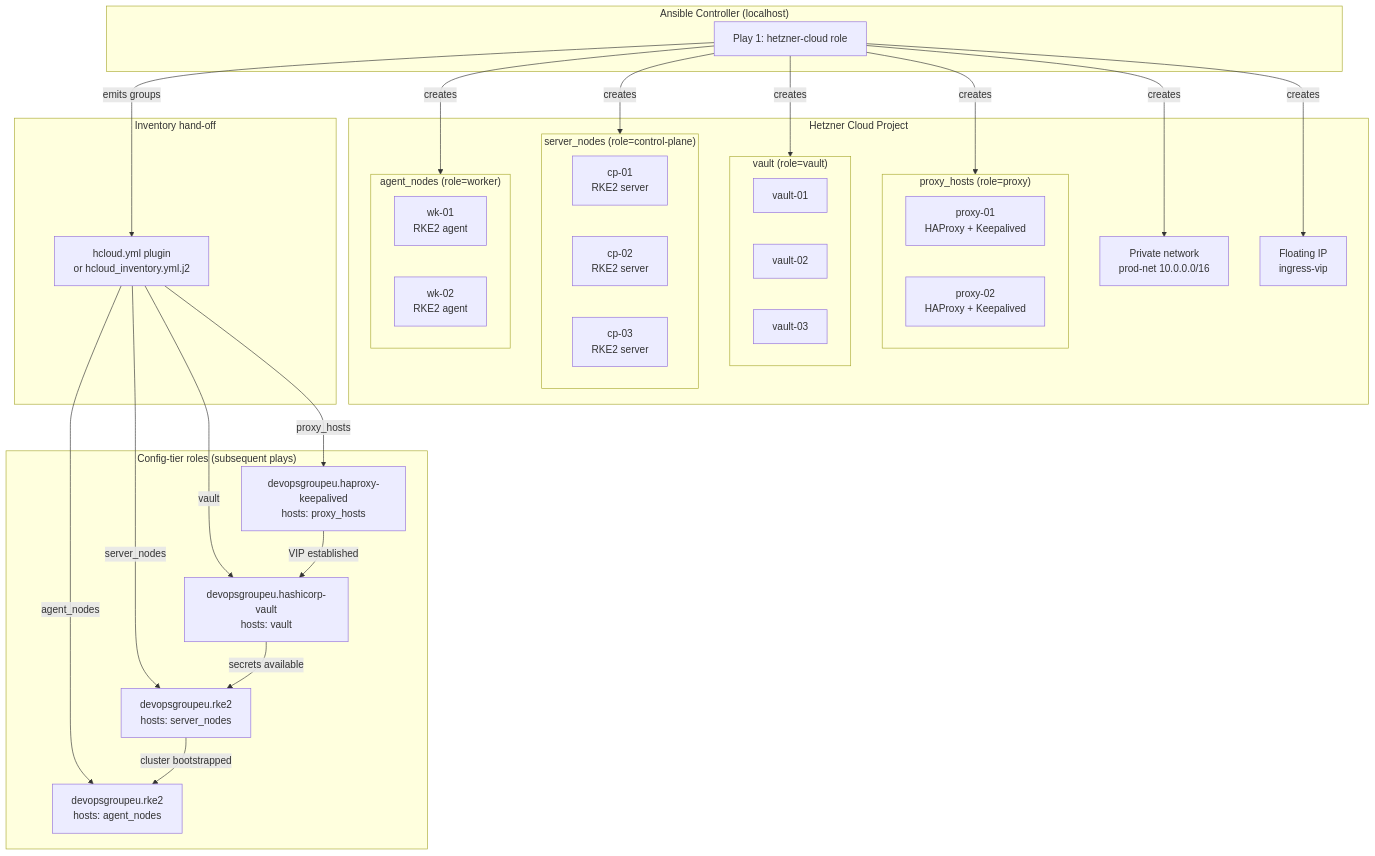
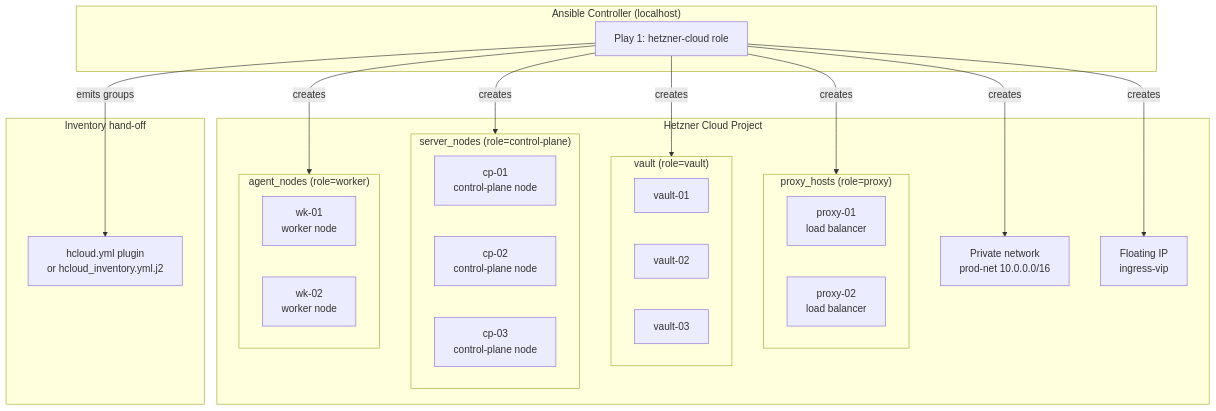
The diagram in docs/ARCHITECTURE.md (devopsgroupeu/ansible-role-hetzner-cloud), drawn with Mermaid before and after one commit. The commit also changed other lines of this file and 13 other files, not shown here.

````diff
--- a/docs/ARCHITECTURE.md
+++ b/docs/ARCHITECTURE.md
@@ -13,61 +13,45 @@
 ```mermaid
 flowchart TD
     subgraph Controller["Ansible Controller (localhost)"]
         play["Play 1: hetzner-cloud role"]
     end
 
     subgraph HCloud["Hetzner Cloud Project"]
         net["Private network<br/>prod-net 10.0.0.0/16"]
         fip["Floating IP<br/>ingress-vip"]
 
         subgraph proxy_group["proxy_hosts (role=proxy)"]
-            px1["proxy-01<br/>HAProxy + Keepalived"]
-            px2["proxy-02<br/>HAProxy + Keepalived"]
+            px1["proxy-01<br/>load balancer"]
+            px2["proxy-02<br/>load balancer"]
         end
 
         subgraph vault_group["vault (role=vault)"]
             v1["vault-01"]
             v2["vault-02"]
             v3["vault-03"]
         end
 
         subgraph cp_group["server_nodes (role=control-plane)"]
-            cp1["cp-01<br/>RKE2 server"]
-            cp2["cp-02<br/>RKE2 server"]
-            cp3["cp-03<br/>RKE2 server"]
+            cp1["cp-01<br/>control-plane node"]
+            cp2["cp-02<br/>control-plane node"]
+            cp3["cp-03<br/>control-plane node"]
         end
 
         subgraph wk_group["agent_nodes (role=worker)"]
-            wk1["wk-01<br/>RKE2 agent"]
-            wk2["wk-02<br/>RKE2 agent"]
+            wk1["wk-01<br/>worker node"]
+            wk2["wk-02<br/>worker node"]
         end
     end
 
     subgraph Inventory["Inventory hand-off"]
         inv["hcloud.yml plugin<br/>or hcloud_inventory.yml.j2"]
-    end
-
-    subgraph DownstreamRoles["Config-tier roles (subsequent plays)"]
-        r_haproxy["devopsgroupeu.haproxy-keepalived<br/>hosts: proxy_hosts"]
-        r_vault["devopsgroupeu.hashicorp-vault<br/>hosts: vault"]
-        r_rke2_srv["devopsgroupeu.rke2<br/>hosts: server_nodes"]
-        r_rke2_agent["devopsgroupeu.rke2<br/>hosts: agent_nodes"]
     end
 
     play -->|"creates"| net
     play -->|"creates"| fip
     play -->|"creates"| proxy_group
     play -->|"creates"| vault_group
     play -->|"creates"| cp_group
     play -->|"creates"| wk_group
     play -->|"emits groups"| inv
-
-    inv -->|"server_nodes"| r_rke2_srv
-    inv -->|"agent_nodes"| r_rke2_agent
-    inv -->|"proxy_hosts"| r_haproxy
-    inv -->|"vault"| r_vault
-
-    r_haproxy -->|"VIP established"| r_vault
-    r_vault -->|"secrets available"| r_rke2_srv
-    r_rke2_srv -->|"cluster bootstrapped"| r_rke2_agent
 ```
````
